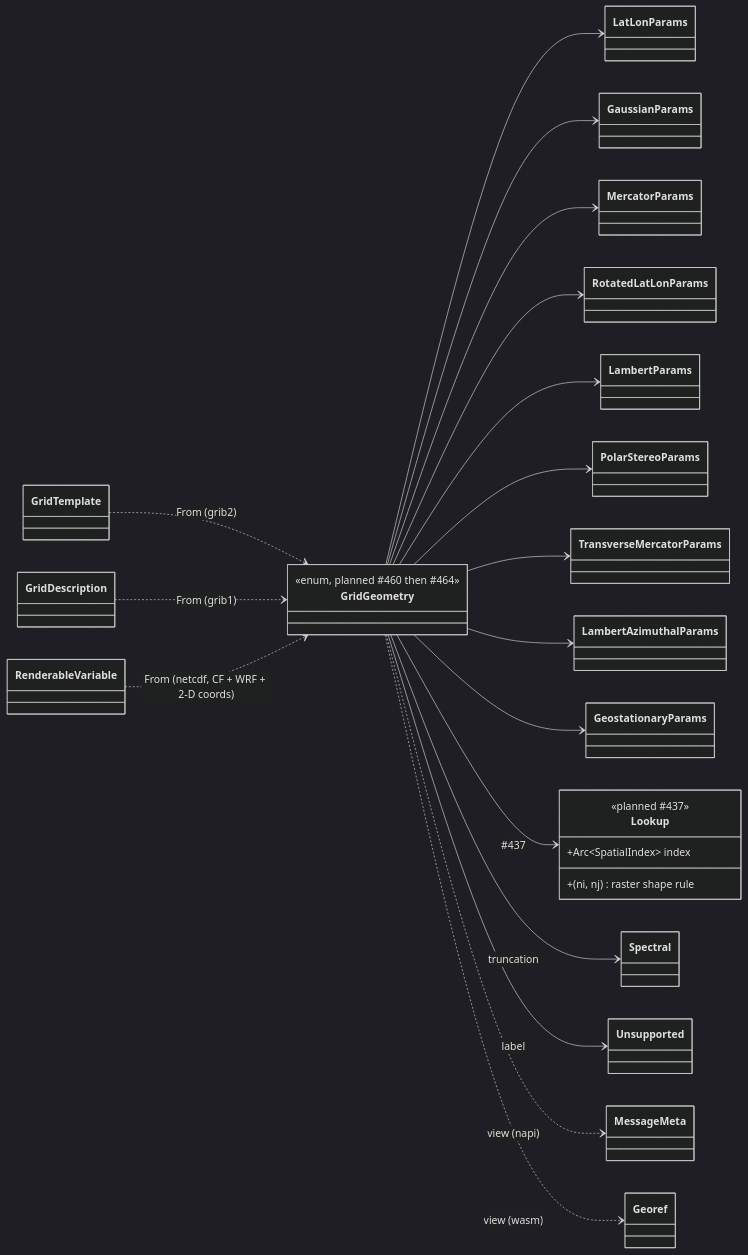
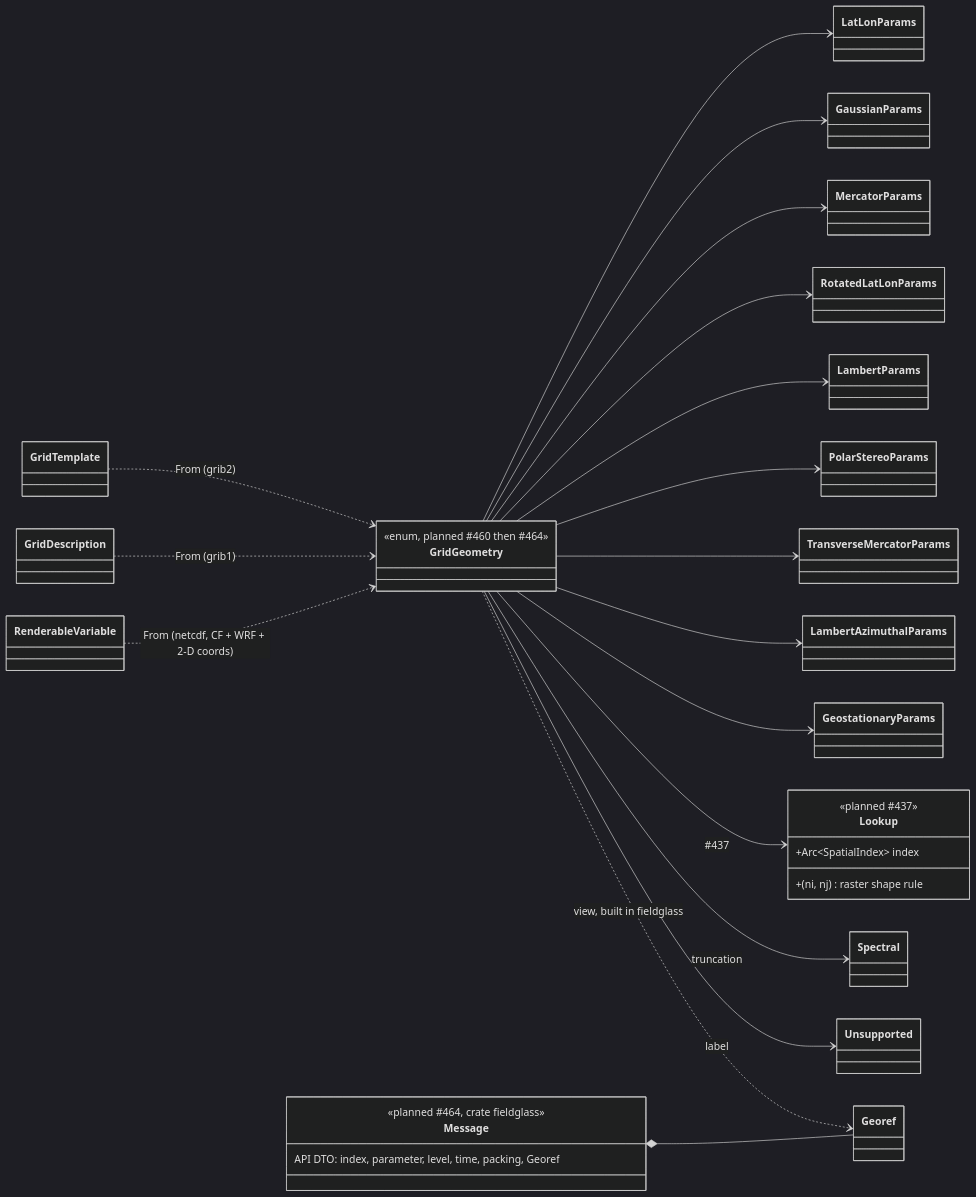
One commit to D0ubleD0uble/fieldglass changed the second of 4 diagrams in docs/architecture/planned/03-composition.md. Above: the diagram before and after it, drawn with Mermaid (dark theme). The commit also changed other lines of this file and 1 other file, not shown here.

First line of the commit message:
docs: DTO dependencies point down only — one API view in fieldglass

````diff
--- a/docs/architecture/planned/03-composition.md
+++ b/docs/architecture/planned/03-composition.md
@@ -28,31 +30,35 @@
 ```mermaid
 classDiagram
     direction LR
     class GridGeometry {
         <<enum, planned #460 then #464>>
     }
     GridGeometry --> LatLonParams
     GridGeometry --> GaussianParams
     GridGeometry --> MercatorParams
     GridGeometry --> RotatedLatLonParams
     GridGeometry --> LambertParams
     GridGeometry --> PolarStereoParams
     GridGeometry --> TransverseMercatorParams
     GridGeometry --> LambertAzimuthalParams
     GridGeometry --> GeostationaryParams
     GridGeometry --> Lookup : #437
     GridGeometry --> Spectral : truncation
     GridGeometry --> Unsupported : label
 
     class Lookup {
         <<planned #437>>
         +Arc~SpatialIndex~ index
         +(ni, nj) raster shape rule
     }
 
+    class Message {
+        <<planned #464, crate fieldglass>>
+        API DTO: index, parameter, level, time, packing, Georef
+    }
     GridTemplate ..> GridGeometry : From (grib2)
     GridDescription ..> GridGeometry : From (grib1)
     RenderableVariable ..> GridGeometry : From (netcdf, CF + WRF + 2-D coords)
-    GridGeometry ..> MessageMeta : view (napi)
-    GridGeometry ..> Georef : view (wasm)
+    GridGeometry ..> Georef : view, built in fieldglass
+    Message *-- Georef
 ```
````
